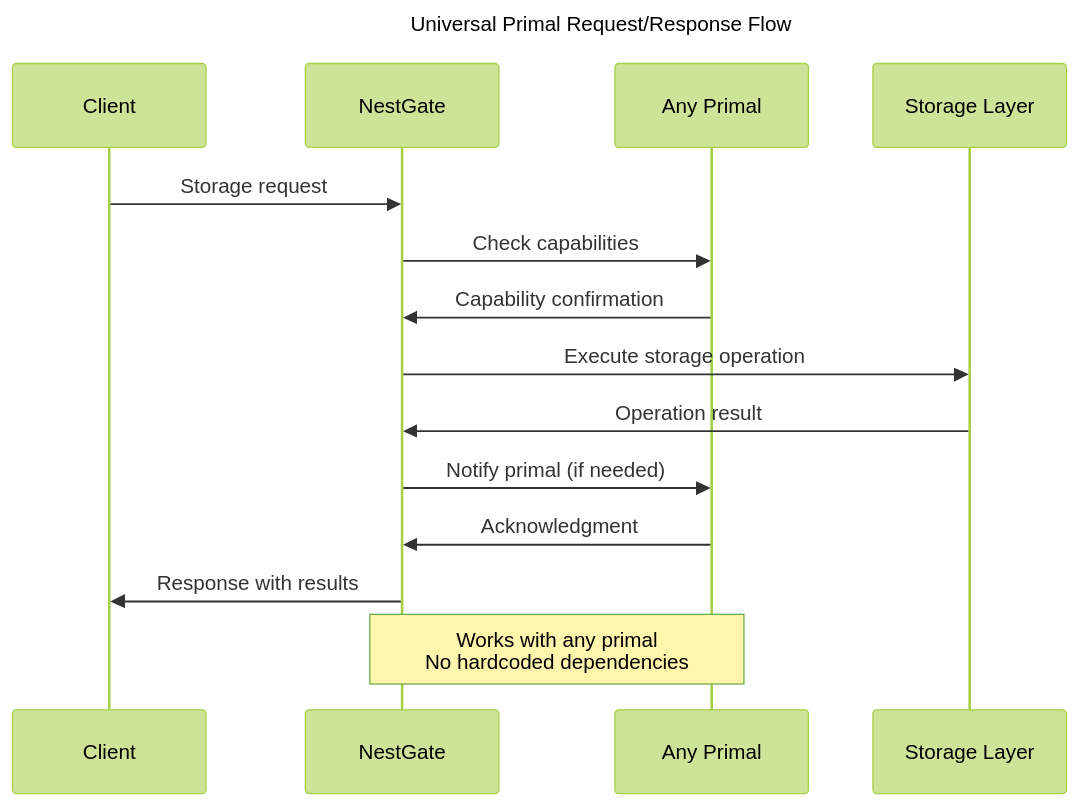
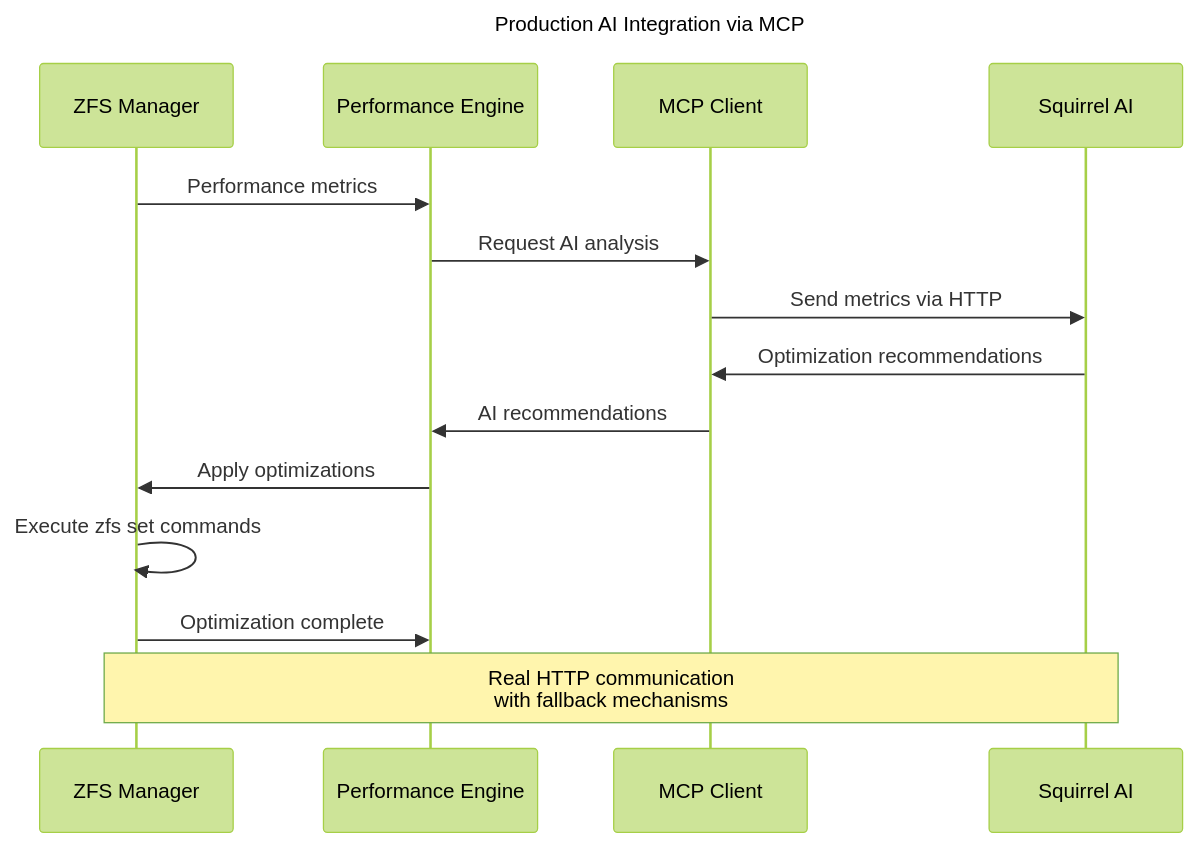
One commit to ecoPrimals/nestGate changed the third of 3 diagrams in specs/ARCHITECTURE_OVERVIEW.md. Above: the diagram before and after it, drawn with Mermaid (forest theme). The commit also changed other lines of this file and 139 other files, not shown here.

````diff
--- a/specs/ARCHITECTURE_OVERVIEW.md
+++ b/specs/ARCHITECTURE_OVERVIEW.md
@@ -144,21 +181,21 @@
 ```mermaid
 ---
-title: Universal Primal Request/Response Flow
+title: Production AI Integration via MCP
 ---
 sequenceDiagram
-    participant C as Client
-    participant N as NestGate
-    participant P as Any Primal
-    participant S as Storage Layer
+    participant ZFS as ZFS Manager
+    participant PERF as Performance Engine
+    participant MCP as MCP Client
+    participant AI as Squirrel AI
 
-    C->>N: Storage request
-    N->>P: Check capabilities
-    P->>N: Capability confirmation
-    N->>S: Execute storage operation
-    S->>N: Operation result
-    N->>P: Notify primal (if needed)
-    P->>N: Acknowledgment
-    N->>C: Response with results
+    ZFS->>PERF: Performance metrics
+    PERF->>MCP: Request AI analysis
+    MCP->>AI: Send metrics via HTTP
+    AI->>MCP: Optimization recommendations
+    MCP->>PERF: AI recommendations
+    PERF->>ZFS: Apply optimizations
+    ZFS->>ZFS: Execute zfs set commands
+    ZFS->>PERF: Optimization complete
 
-    Note over N,P: Works with any primal<br/>No hardcoded dependencies
+    Note over ZFS,AI: Real HTTP communication<br/>with fallback mechanisms
 ```
````
